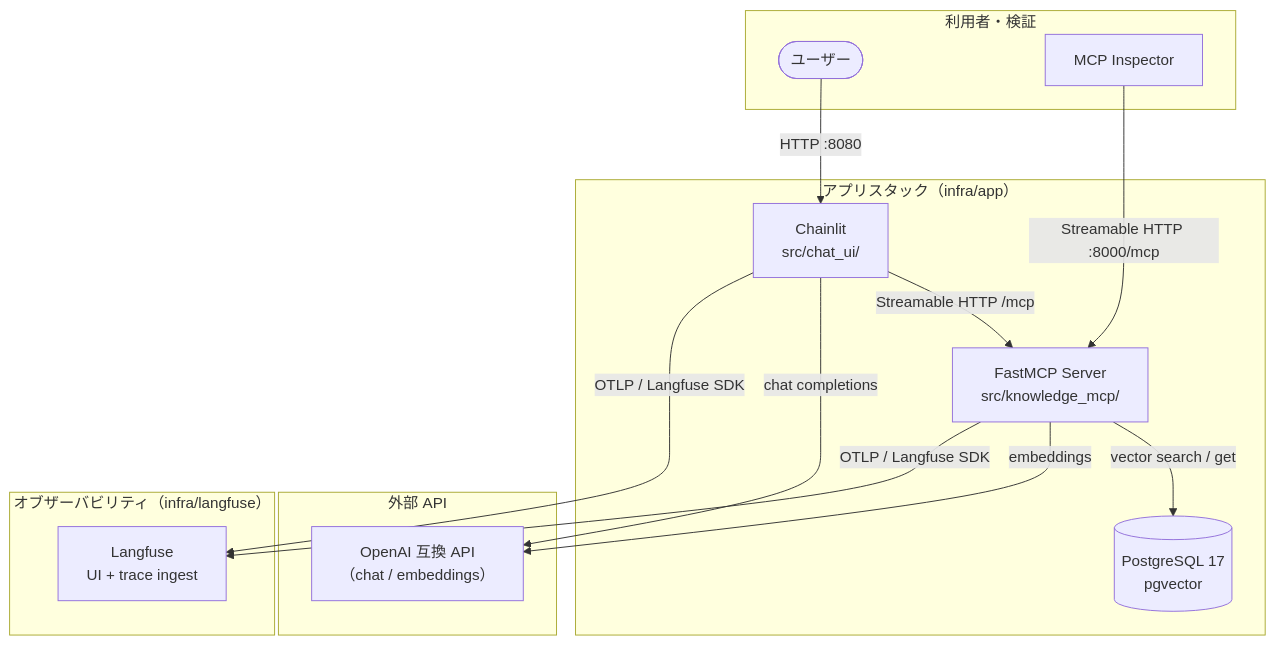
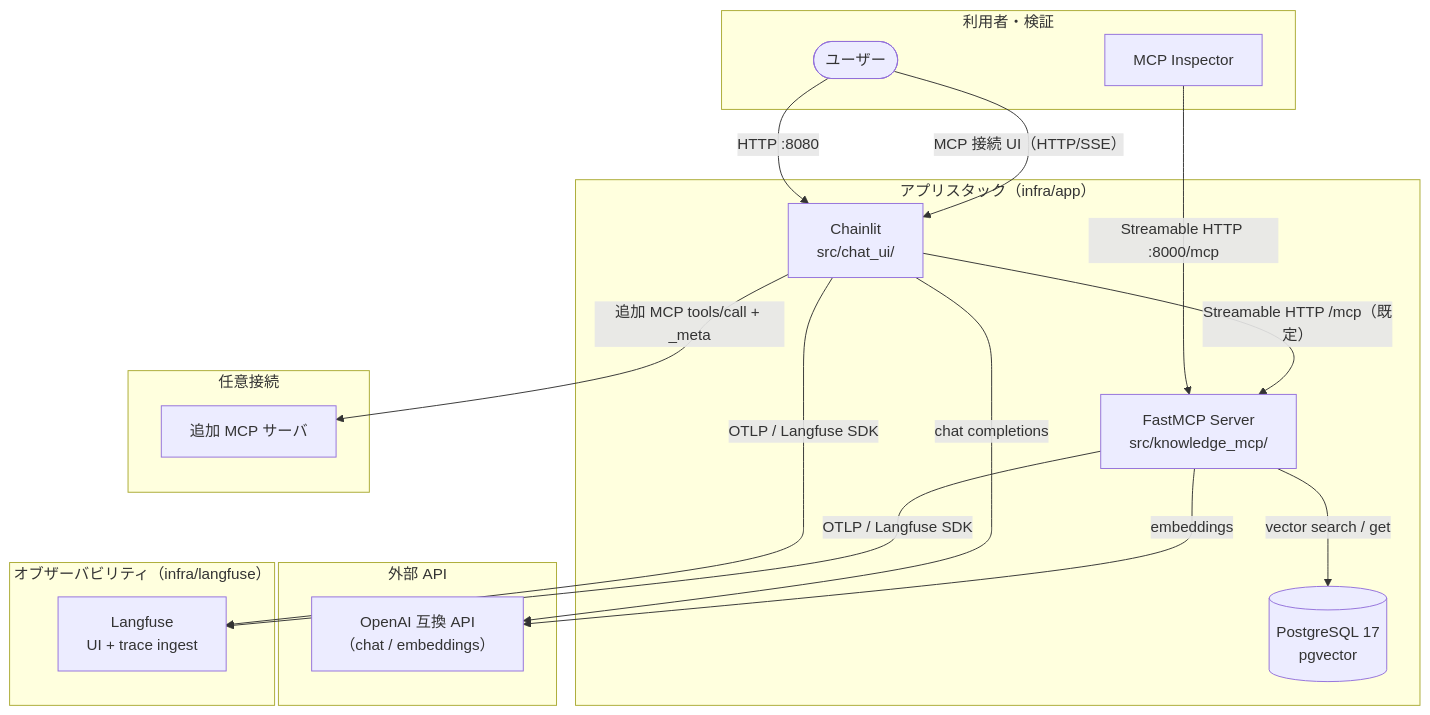
The first of 2 diagrams in docs/current/architecture.md (s-kodani/template-ai-coding), drawn with Mermaid before and after one commit. The commit also changed other lines of this file and 14 other files, not shown here.

````diff
--- a/docs/current/architecture.md
+++ b/docs/current/architecture.md
@@ -23,30 +23,36 @@
 ```mermaid
 flowchart TB
     subgraph users["利用者・検証"]
         User([ユーザー])
         Inspector[MCP Inspector]
     end
 
     subgraph app["アプリスタック（infra/app）"]
         Chainlit["Chainlit<br/>src/chat_ui/"]
         MCP["FastMCP Server<br/>src/knowledge_mcp/"]
         PG[("PostgreSQL 17<br/>pgvector")]
     end
 
     subgraph external["外部 API"]
         LLM["OpenAI 互換 API<br/>（chat / embeddings）"]
     end
 
     subgraph observability["オブザーバビリティ（infra/langfuse）"]
         Langfuse["Langfuse<br/>UI + trace ingest"]
     end
 
+    subgraph optional["任意接続"]
+        ExtraMCP[追加 MCP サーバ]
+    end
+
     User -->|HTTP :8080| Chainlit
+    User -->|"MCP 接続 UI（HTTP/SSE）"| Chainlit
     Inspector -->|"Streamable HTTP :8000/mcp"| MCP
-    Chainlit -->|"Streamable HTTP /mcp"| MCP
+    Chainlit -->|"Streamable HTTP /mcp（既定）"| MCP
+    Chainlit -->|追加 MCP tools/call + _meta| ExtraMCP
     Chainlit -->|chat completions| LLM
     MCP -->|vector search / get| PG
     MCP -->|embeddings| LLM
     Chainlit -->|OTLP / Langfuse SDK| Langfuse
     MCP -->|OTLP / Langfuse SDK| Langfuse
 ```
````
